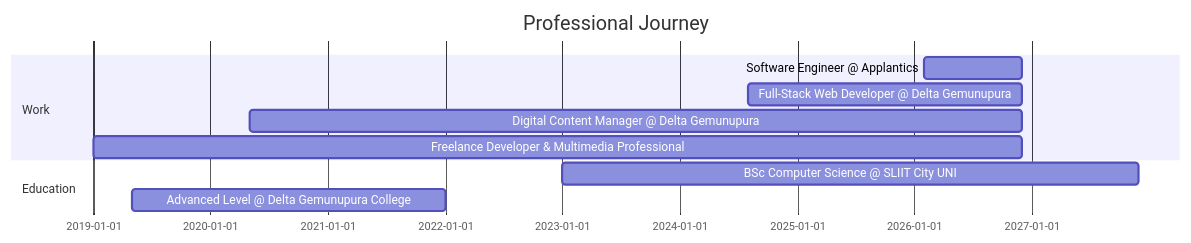
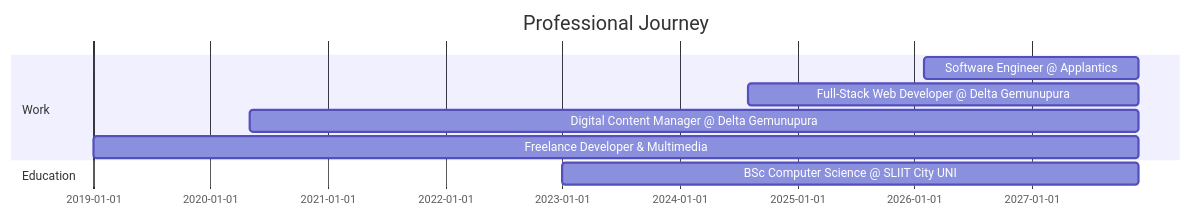
The diagram in README.md (mahimapaseda/mahimapaseda), drawn with Mermaid before and after one commit. The commit also changed other lines of this file, not shown here.

````diff
--- a/README.md
+++ b/README.md
@@ -477,25 +108,12 @@
 ```mermaid
-
 gantt
-
     title Professional Journey
-
     dateFormat YYYY-MM
-
     section Work
-
-    Software Engineer @ Applantics                    :2026-02, 2026-12
-
-    Full-Stack Web Developer @ Delta Gemunupura      :2024-08, 2026-12
-
-    Digital Content Manager @ Delta Gemunupura       :2020-05, 2026-12
-
-    Freelance Developer & Multimedia Professional    :2019-01, 2026-12
-
+    Software Engineer @ Applantics                    :2026-02, 2027-12
+    Full-Stack Web Developer @ Delta Gemunupura      :2024-08, 2027-12
+    Digital Content Manager @ Delta Gemunupura       :2020-05, 2027-12
+    Freelance Developer & Multimedia                 :2019-01, 2027-12
     section Education
-
     BSc Computer Science @ SLIIT City UNI            :2023-01, 2027-12
-
-    Advanced Level @ Delta Gemunupura College        :2019-05, 2022-01
-
 ```
````
